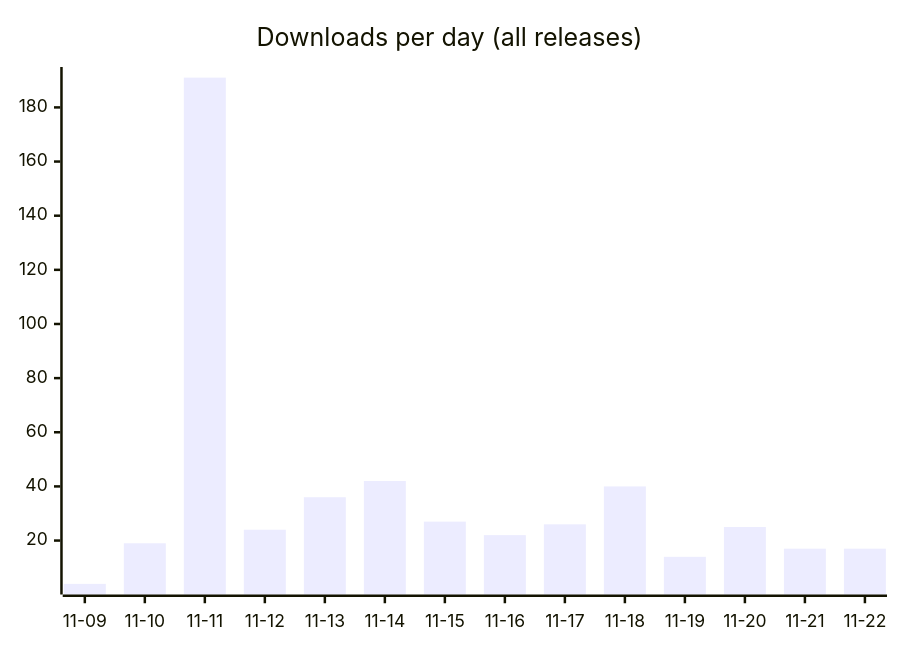
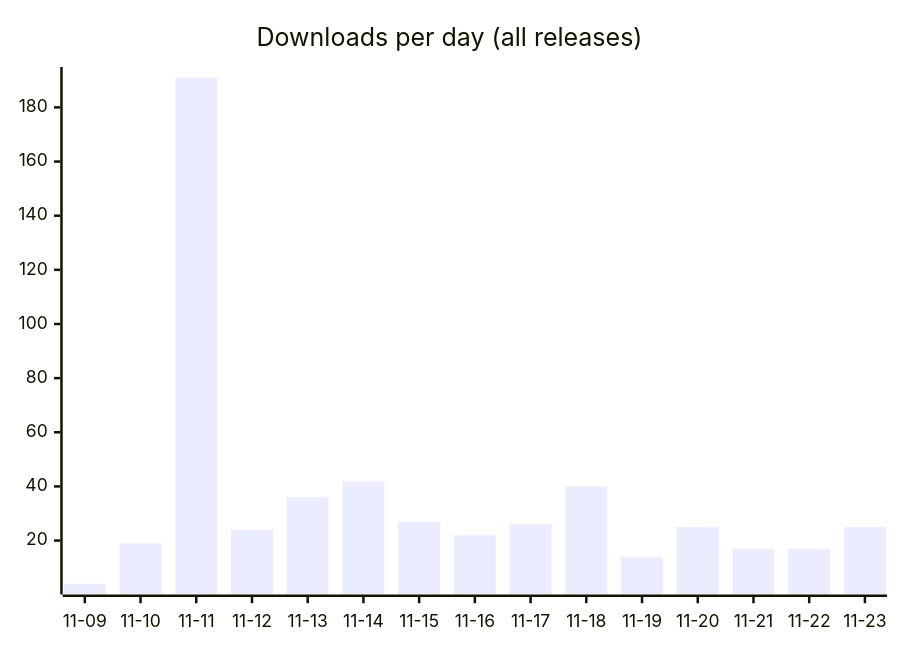
Before and after one commit to fmadore/Live-translation: the first of 2 diagrams in README.md, drawn with Mermaid. The commit also changed other lines of this file and 3 other files, not shown here.

````diff
--- a/README.md
+++ b/README.md
@@ -56,6 +56,6 @@
 ```mermaid
 xychart-beta
     title "Downloads per day (all releases)"
-    x-axis ["11-09", "11-10", "11-11", "11-12", "11-13", "11-14", "11-15", "11-16", "11-17", "11-18", "11-19", "11-20", "11-21", "11-22"]
-    bar [4, 19, 191, 24, 36, 42, 27, 22, 26, 40, 14, 25, 17, 17]
+    x-axis ["11-09", "11-10", "11-11", "11-12", "11-13", "11-14", "11-15", "11-16", "11-17", "11-18", "11-19", "11-20", "11-21", "11-22", "11-23"]
+    bar [4, 19, 191, 24, 36, 42, 27, 22, 26, 40, 14, 25, 17, 17, 25]
 ```
````
